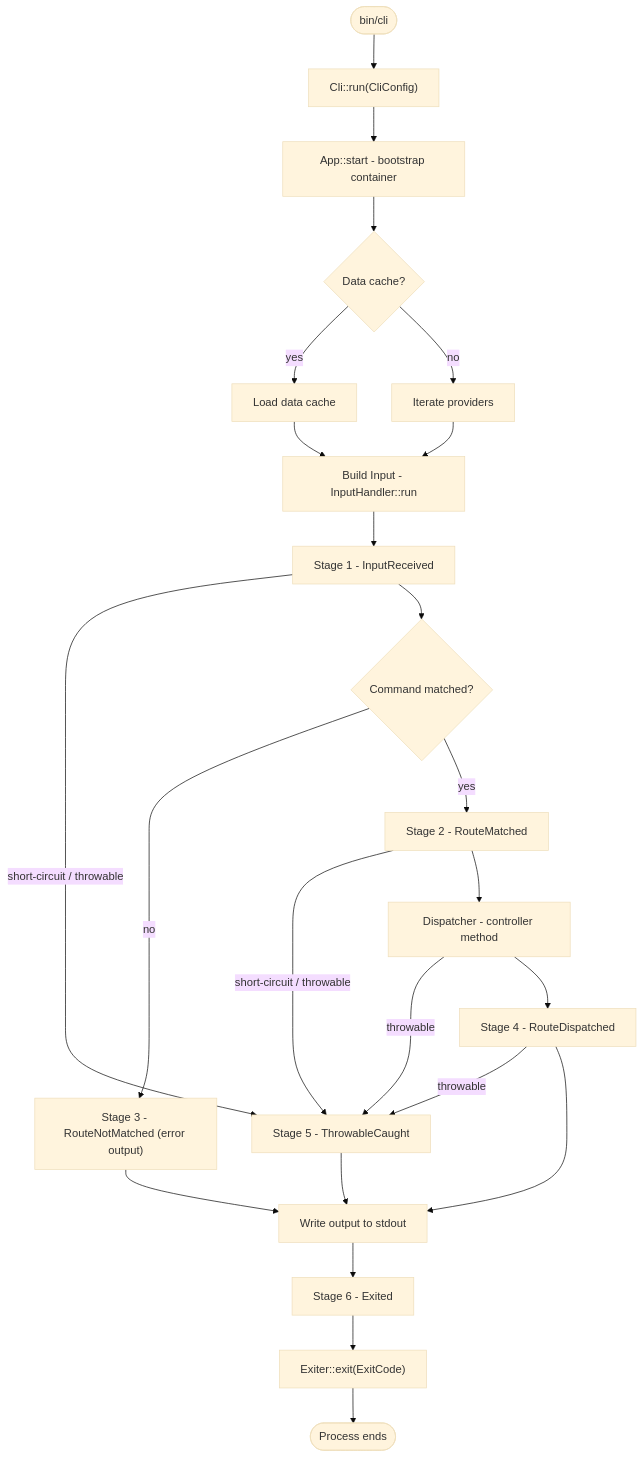
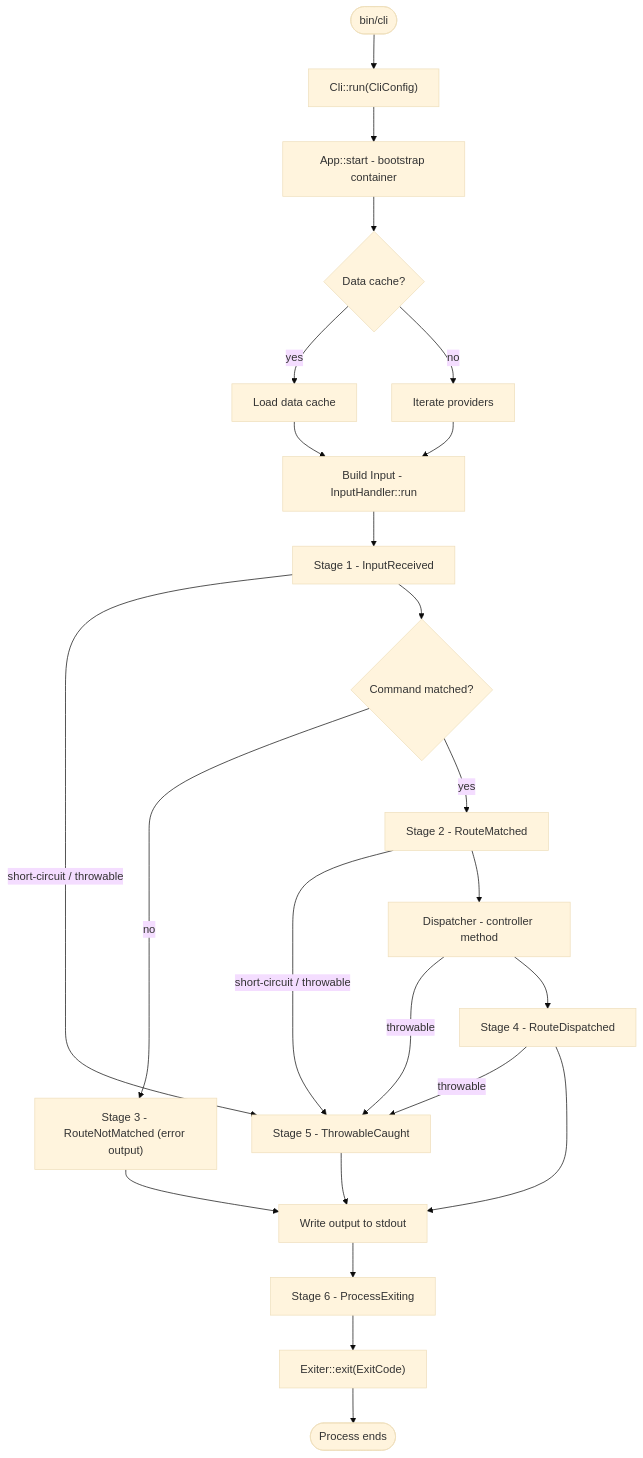
The second of 3 diagrams in src/Valkyrja/LIFECYCLE.md (valkyrjaio/valkyrja), drawn with Mermaid (base theme) before and after one commit. The commit also changed other lines of this file and 41 other files, not shown here.

````diff
--- a/src/Valkyrja/LIFECYCLE.md
+++ b/src/Valkyrja/LIFECYCLE.md
@@ -403,26 +403,26 @@
 ```mermaid
 flowchart TD
     A([bin/cli]) --> B["Cli::run(CliConfig)"]
     B --> C["App::start - bootstrap container"]
     C --> D{Data cache?}
     D -->|yes| E[Load data cache]
     D -->|no| F[Iterate providers]
     E --> G["Build Input - InputHandler::run"]
     F --> G
     G --> H[Stage 1 - InputReceived]
     H -->|"short-circuit / throwable"| T[Stage 5 - ThrowableCaught]
     H --> I{Command matched?}
     I -->|no| J["Stage 3 - RouteNotMatched (error output)"]
     I -->|yes| K[Stage 2 - RouteMatched]
     J --> M[Write output to stdout]
     K -->|"short-circuit / throwable"| T
     K --> L[Dispatcher - controller method]
     L -->|throwable| T
     L --> N[Stage 4 - RouteDispatched]
     N -->|throwable| T
     N --> M
     T --> M
-    M --> P[Stage 6 - Exited]
+    M --> P[Stage 6 - ProcessExiting]
     P --> Q["Exiter::exit(ExitCode)"]
     Q --> R([Process ends])
 ```
````
